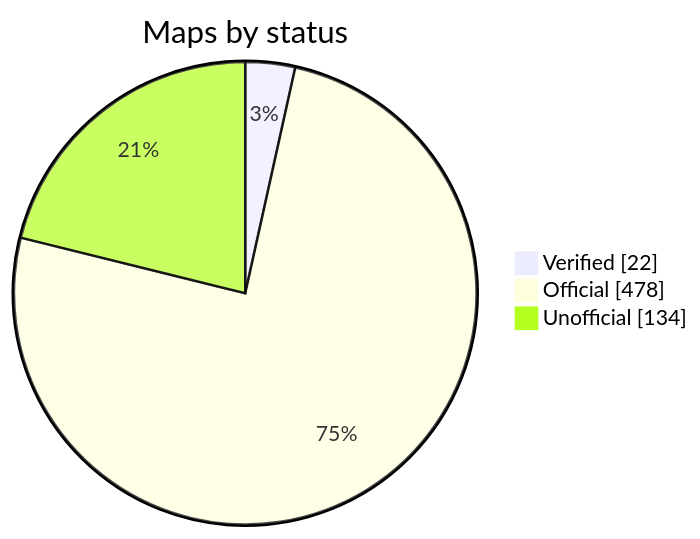
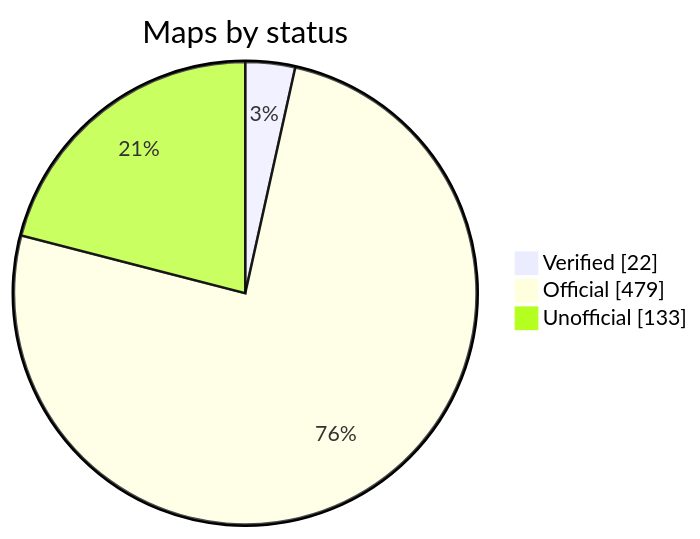
The diagram in README.md (nobrega8/mbmap-library), drawn with Mermaid before and after one commit. The commit also changed 6 other files, not shown here.

````diff
--- a/README.md
+++ b/README.md
@@ -52,7 +52,7 @@
 ```mermaid
 pie showData
     title Maps by status
     "Verified" : 22
-    "Official" : 478
-    "Unofficial" : 134
+    "Official" : 479
+    "Unofficial" : 133
 ```
````
